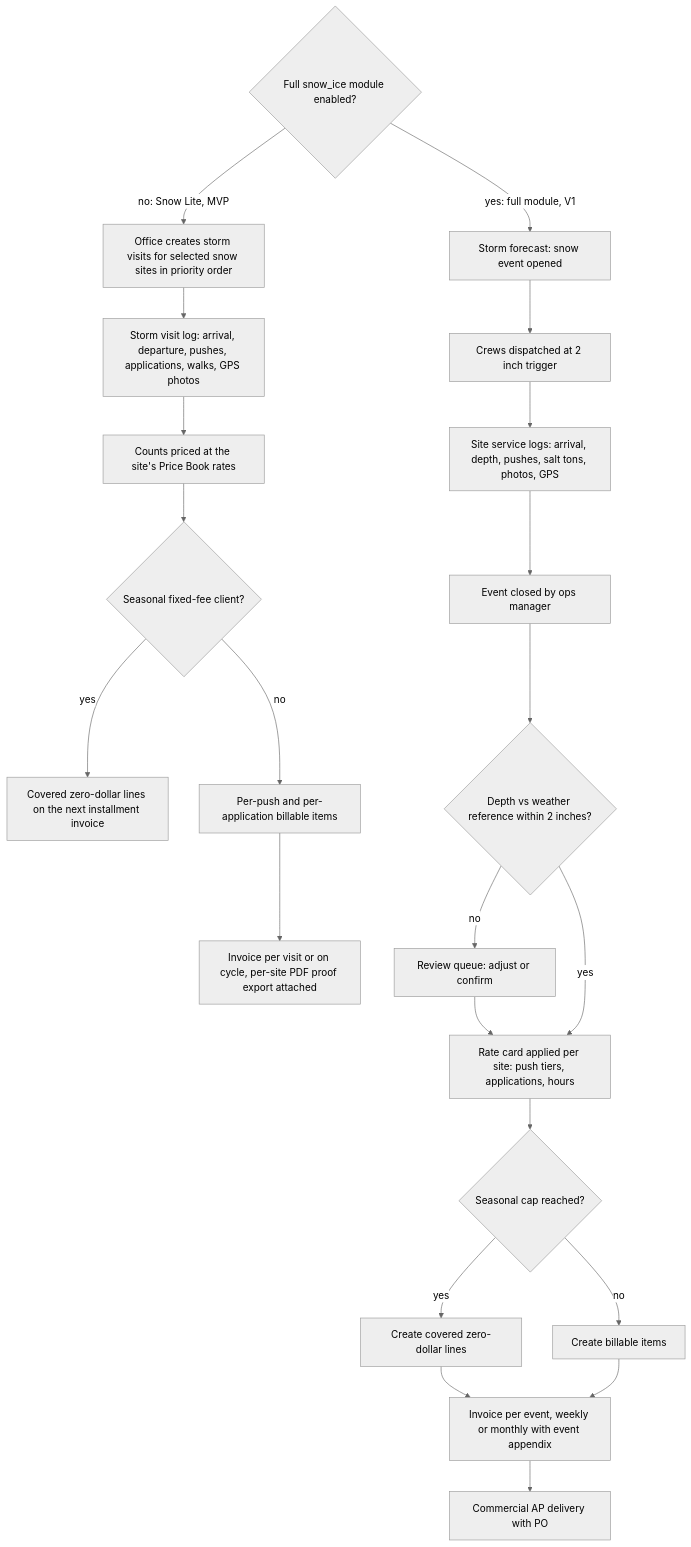
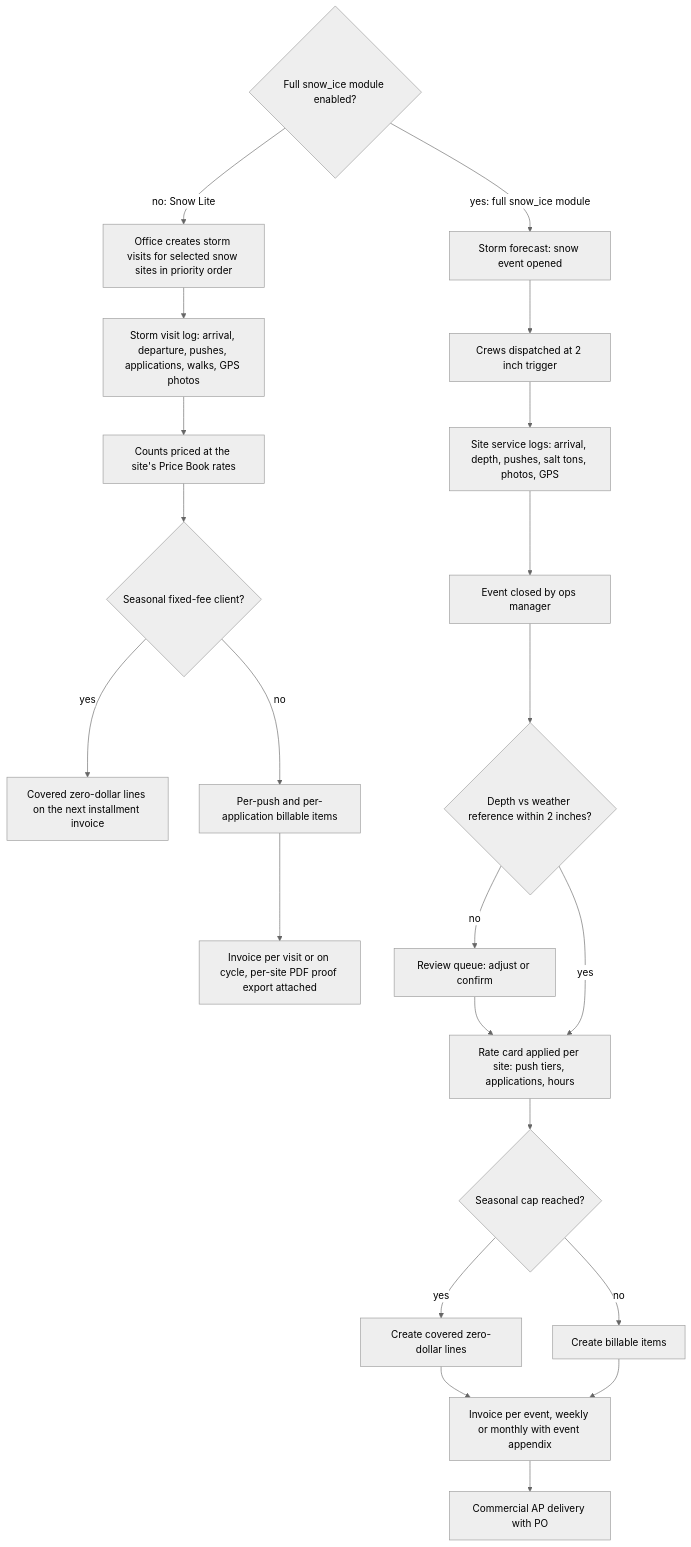
Before and after one commit to jdinard/landscape: the eighth of 11 diagrams in docs/07-invoicing-billing-contracts.md, drawn with Mermaid (neutral theme). The commit also changed other lines of this file and 42 other files, not shown here.

````diff
--- a/docs/07-invoicing-billing-contracts.md
+++ b/docs/07-invoicing-billing-contracts.md
@@ -1033,25 +1033,25 @@
 ```mermaid
 flowchart TD
     S{"Full snow_ice module enabled?"}
-    S -->|"no: Snow Lite, MVP"| L1["Office creates storm visits for selected snow sites in priority order"]
+    S -->|"no: Snow Lite"| L1["Office creates storm visits for selected snow sites in priority order"]
     L1 --> L2["Storm visit log: arrival, departure, pushes, applications, walks, GPS photos"]
     L2 --> L3["Counts priced at the site's Price Book rates"]
     L3 --> L4{"Seasonal fixed-fee client?"}
     L4 -->|"yes"| L5["Covered zero-dollar lines on the next installment invoice"]
     L4 -->|"no"| L6["Per-push and per-application billable items"]
     L6 --> L7["Invoice per visit or on cycle, per-site PDF proof export attached"]
-    S -->|"yes: full module, V1"| A["Storm forecast: snow event opened"]
+    S -->|"yes: full snow_ice module"| A["Storm forecast: snow event opened"]
     A --> B["Crews dispatched at 2 inch trigger"]
     B --> C["Site service logs: arrival, depth, pushes, salt tons, photos, GPS"]
     C --> D["Event closed by ops manager"]
     D --> E{"Depth vs weather reference within 2 inches?"}
     E -->|"no"| F["Review queue: adjust or confirm"]
     F --> G
     E -->|"yes"| G["Rate card applied per site: push tiers, applications, hours"]
     G --> H{"Seasonal cap reached?"}
     H -->|"yes"| I["Create covered zero-dollar lines"]
     H -->|"no"| J["Create billable items"]
     I --> K["Invoice per event, weekly or monthly with event appendix"]
     J --> K
     K --> L["Commercial AP delivery with PO"]
 ```
````
